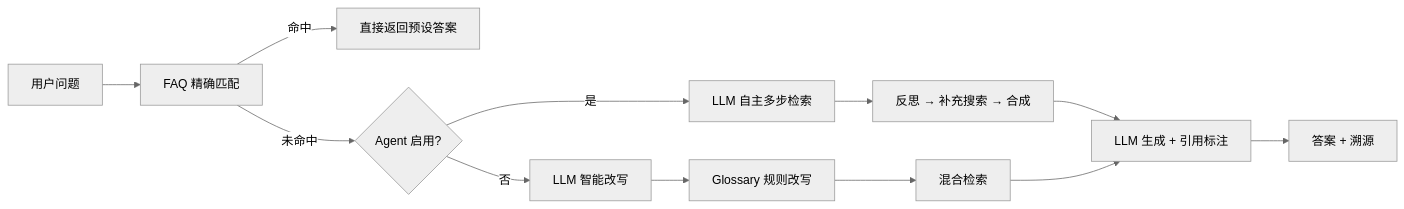
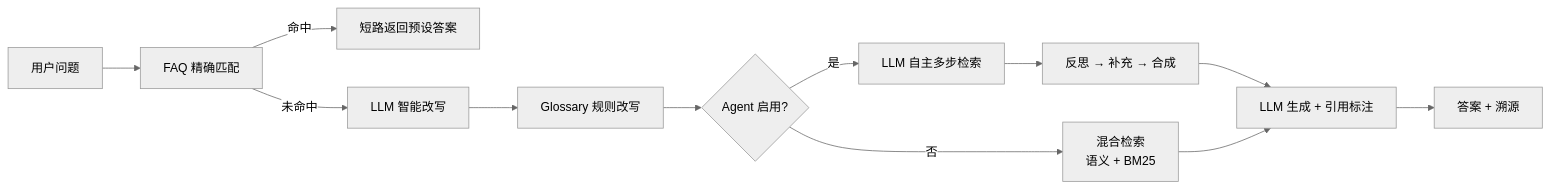
The diagram in README.md (xbchenf/KnowBrain), drawn with Mermaid (neutral theme) before and after one commit. The commit also changed other lines of this file, not shown here.

Commit message:
fix: 修正 README 检索流水线图 — LLM 改写跑在 Agent/标准分叉之前
实际代码流程：
  QueryPreprocessor.preprocess()
    → FAQ 匹配 → LLM 改写 → Glossary 改写 → 敏感词过滤
    → 然后 Agent/标准分叉（两边都拿到 rewrittenQuery）

Agent 路径：改写结果作为 Prompt 提示 → LLM 决定搜索关键词
标准路径：改写结果直接用于 HybridSearch

````diff
--- a/README.md
+++ b/README.md
@@ -53,14 +53,14 @@
 ```mermaid
 graph LR
     A[用户问题] --> B[FAQ 精确匹配]
-    B -->|命中| C[直接返回预设答案]
-    B -->|未命中| D{Agent 启用?}
-    D -->|是| E[LLM 自主多步检索]
-    E --> F[反思 → 补充搜索 → 合成]
-    D -->|否| G[LLM 智能改写]
-    G --> H[Glossary 规则改写]
-    H --> I[混合检索]
-    F --> J[LLM 生成 + 引用标注]
+    B -->|命中| C[短路返回预设答案]
+    B -->|未命中| D[LLM 智能改写]
+    D --> E[Glossary 规则改写]
+    E --> F{Agent 启用?}
+    F -->|是| G[LLM 自主多步检索]
+    G --> H[反思 → 补充 → 合成]
+    F -->|否| I[混合检索<br/>语义 + BM25]
+    H --> J[LLM 生成 + 引用标注]
     I --> J
     J --> K[答案 + 溯源]
 ```
````
